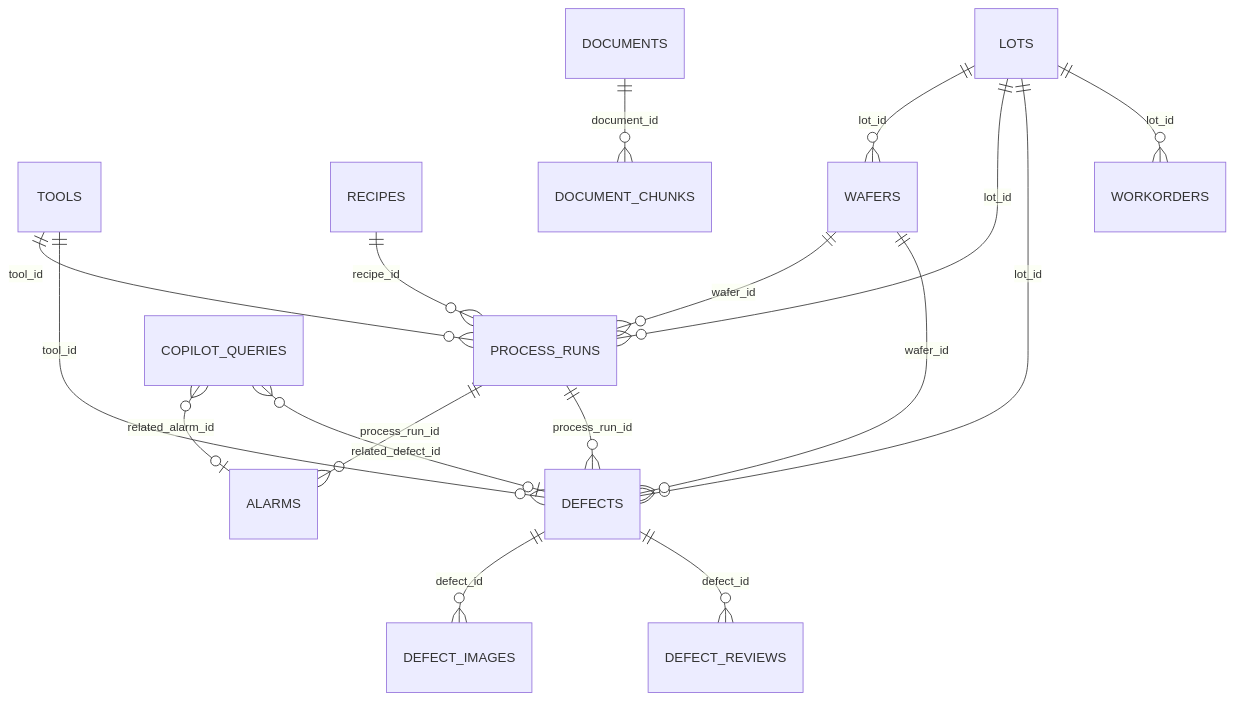
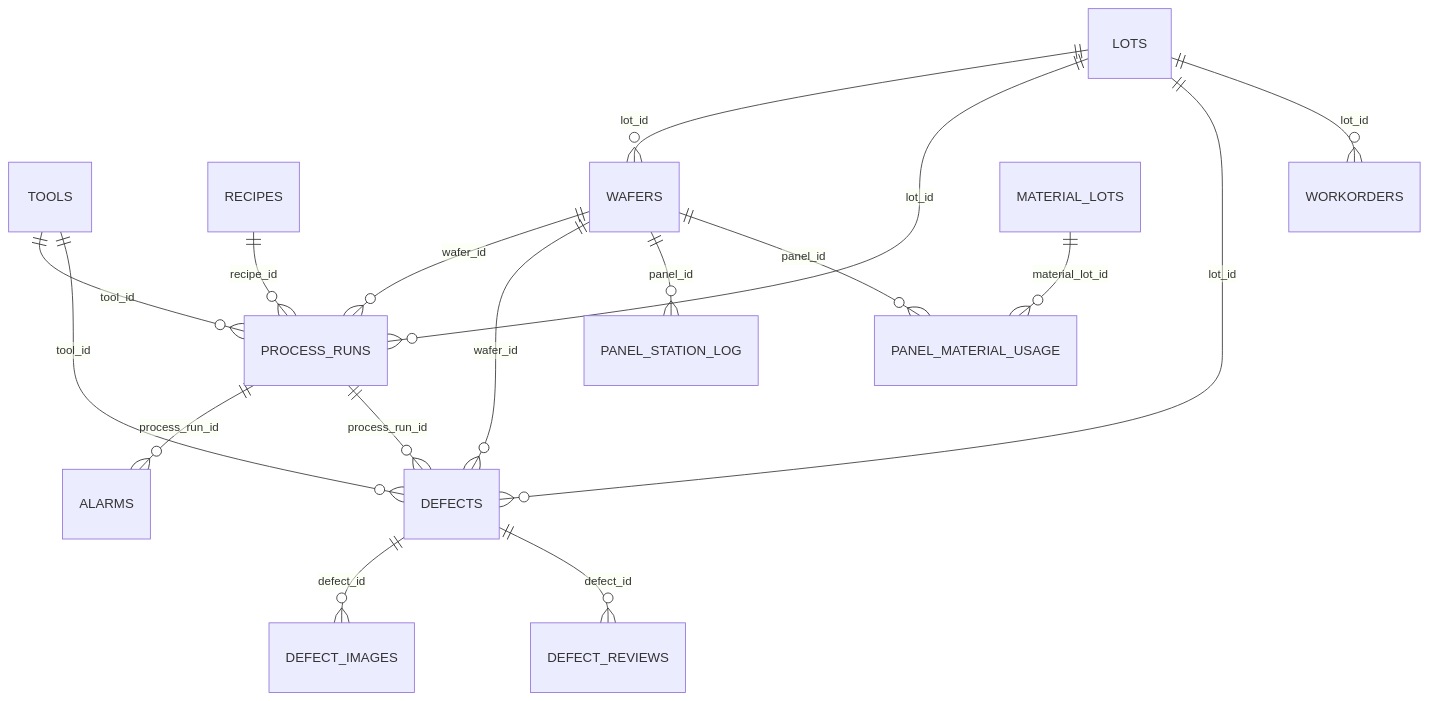
Before and after one commit to sfad159357/aoi-ops-platform: the sixth of 6 diagrams in graph.md, drawn with Mermaid. The commit also changed other lines of this file and 92 other files, not shown here.

````diff
--- a/graph.md
+++ b/graph.md
@@ -225,20 +222,20 @@
 ```mermaid
 erDiagram
   TOOLS ||--o{ PROCESS_RUNS : "tool_id"
   RECIPES ||--o{ PROCESS_RUNS : "recipe_id"
   LOTS ||--o{ WAFERS : "lot_id"
   LOTS ||--o{ PROCESS_RUNS : "lot_id"
   WAFERS ||--o{ PROCESS_RUNS : "wafer_id"
   PROCESS_RUNS ||--o{ ALARMS : "process_run_id"
   PROCESS_RUNS ||--o{ DEFECTS : "process_run_id"
   TOOLS ||--o{ DEFECTS : "tool_id"
   LOTS ||--o{ DEFECTS : "lot_id"
   WAFERS ||--o{ DEFECTS : "wafer_id"
   DEFECTS ||--o{ DEFECT_IMAGES : "defect_id"
   DEFECTS ||--o{ DEFECT_REVIEWS : "defect_id"
-  DOCUMENTS ||--o{ DOCUMENT_CHUNKS : "document_id"
   LOTS ||--o{ WORKORDERS : "lot_id"
 
-  COPILOT_QUERIES }o--o| ALARMS : "related_alarm_id"
-  COPILOT_QUERIES }o--o| DEFECTS : "related_defect_id"
+  WAFERS ||--o{ PANEL_STATION_LOG : "panel_id"
+  WAFERS ||--o{ PANEL_MATERIAL_USAGE : "panel_id"
+  MATERIAL_LOTS ||--o{ PANEL_MATERIAL_USAGE : "material_lot_id"
 ```
````
